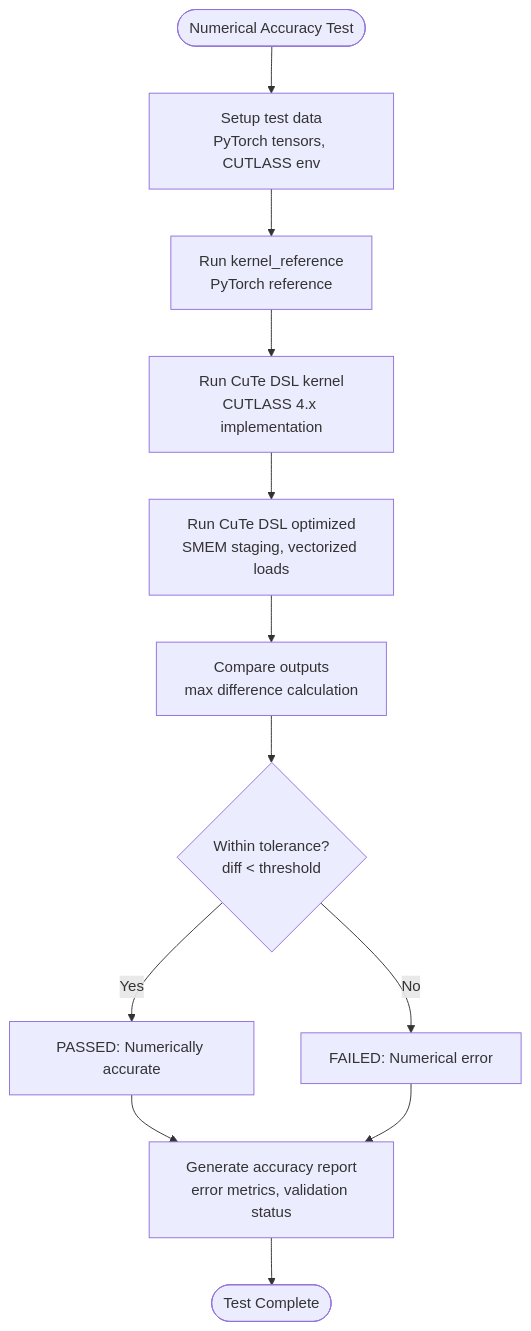
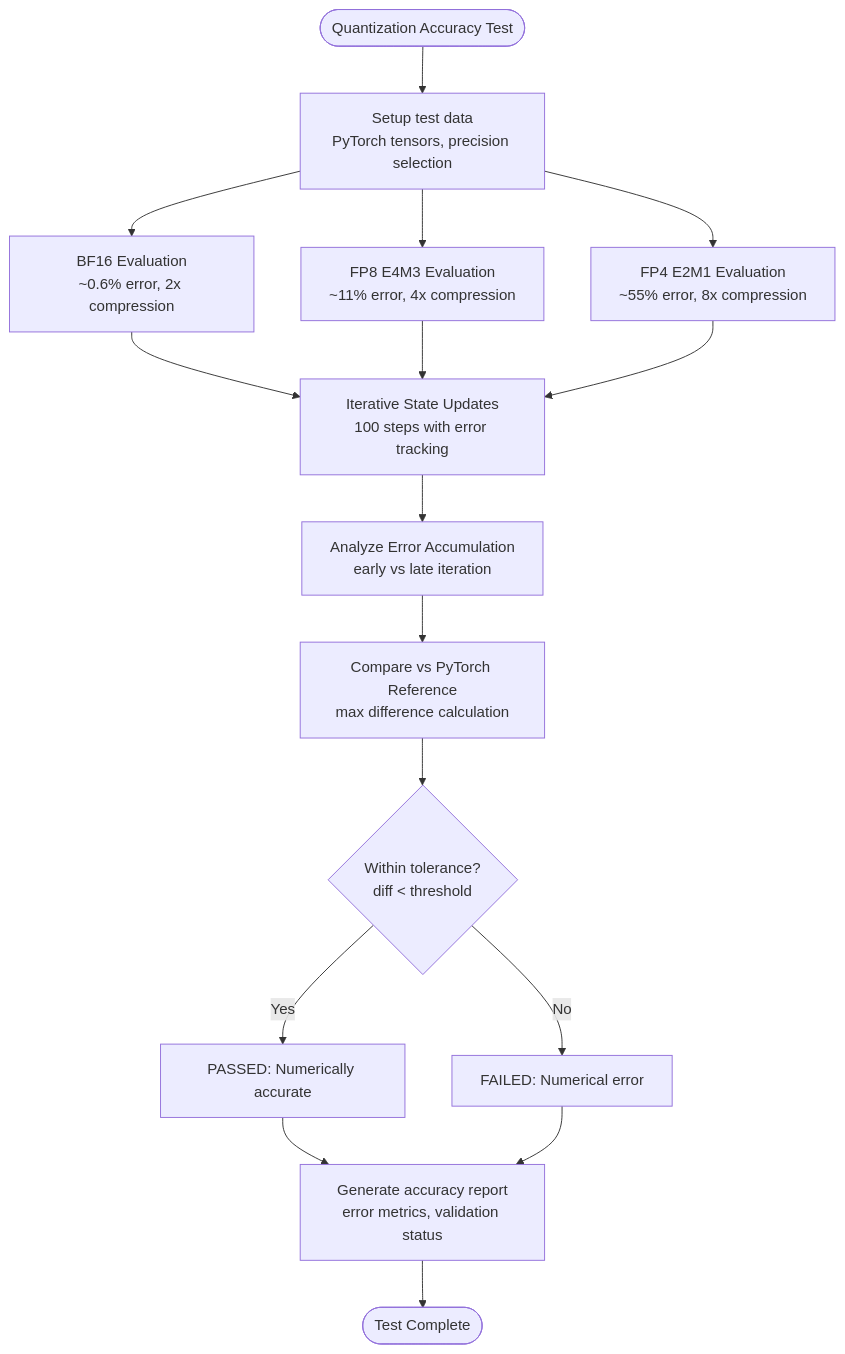
One commit to gugudeshubao/flashinfer-bench-tma-thrust changed diagram 12 of 17 in .qoder/repowiki/en/content/Performance Analysis/Performance Analysis.md. Above: the diagram before and after it, drawn with Mermaid. The commit also changed other lines of this file and 5 other files, not shown here.

````diff
--- a/.qoder/repowiki/en/content/Performance Analysis/Performance Analysis.md
+++ b/.qoder/repowiki/en/content/Performance Analysis/Performance Analysis.md
@@ -686,14 +809,18 @@
 ```mermaid
 flowchart TD
-Start(["Numerical Accuracy Test"]) --> Setup["Setup test data<br/>PyTorch tensors, CUTLASS env"]
-Setup --> PyTorchRef["Run kernel_reference<br/>PyTorch reference"]
-PyTorchRef --> CuTeDSL["Run CuTe DSL kernel<br/>CUTLASS 4.x implementation"]
-CuTeDSL --> Optimized["Run CuTe DSL optimized<br/>SMEM staging, vectorized loads"]
-Optimized --> Compare["Compare outputs<br/>max difference calculation"]
+Start(["Quantization Accuracy Test"]) --> Setup["Setup test data<br/>PyTorch tensors, precision selection"]
+Setup --> BF16["BF16 Evaluation<br/>~0.6% error, 2x compression"]
+Setup --> FP8["FP8 E4M3 Evaluation<br/>~11% error, 4x compression"]
+Setup --> FP4["FP4 E2M1 Evaluation<br/>~55% error, 8x compression"]
+BF16 --> Iterate["Iterative State Updates<br/>100 steps with error tracking"]
+FP8 --> Iterate
+FP4 --> Iterate
+Iterate --> Analyze["Analyze Error Accumulation<br/>early vs late iteration"]
+Analyze --> Compare["Compare vs PyTorch Reference<br/>max difference calculation"]
 Compare --> Validate{"Within tolerance?<br/>diff < threshold"}
 Validate --> |Yes| Pass["PASSED: Numerically accurate"]
 Validate --> |No| Fail["FAILED: Numerical error"]
 Pass --> Report["Generate accuracy report<br/>error metrics, validation status"]
 Fail --> Report
 Report --> End(["Test Complete"])
 ```
````
